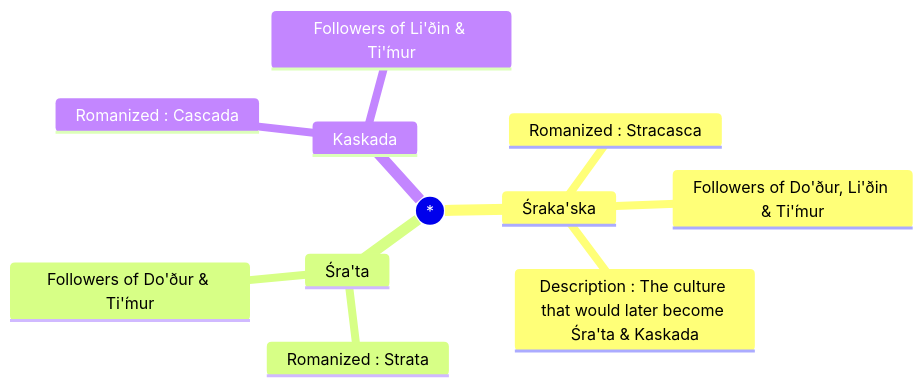
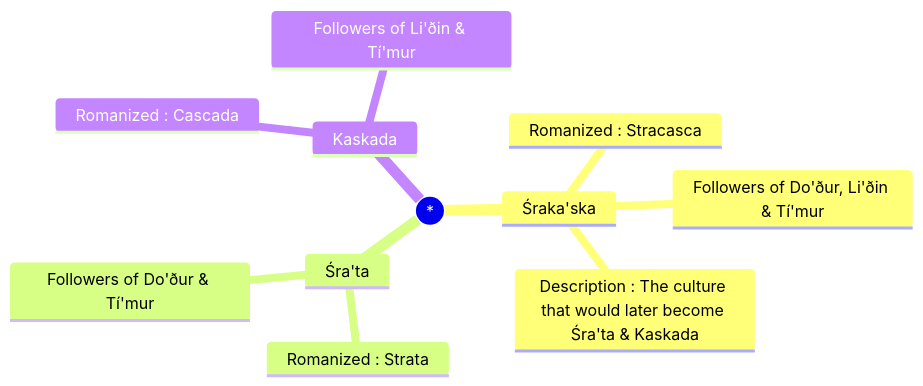
One commit to JactusTheCactus/conscript-font-gen changed the second of 5 diagrams in mermaid.md. Above: the diagram before and after it, drawn with Mermaid. The commit also changed other lines of this file and 2 other files, not shown here.

````diff
--- a/mermaid.md
+++ b/mermaid.md
@@ -16,14 +16,14 @@
 ```mermaid
 mindmap
 ((*))
-	Śraka'ska
+	Śraka'ska
 		Romanized : Stracasca
-		Followers of Do'ður, Li'ðin & Ti'́mur
-		Description : The culture that would later become Śra'ta & Kaskada
-	Śra'ta
+		Followers of Do'ður, Li'ðin & Tí'mur
+		Description : The culture that would later become Śra'ta & Kaskada
+	Śra'ta
 		Romanized : Strata
-		Followers of Do'ður & Ti'́mur
+		Followers of Do'ður & Tí'mur
 	Kaskada
 		Romanized : Cascada
-		Followers of Li'ðin & Ti'́mur
+		Followers of Li'ðin & Tí'mur
 ```
````
